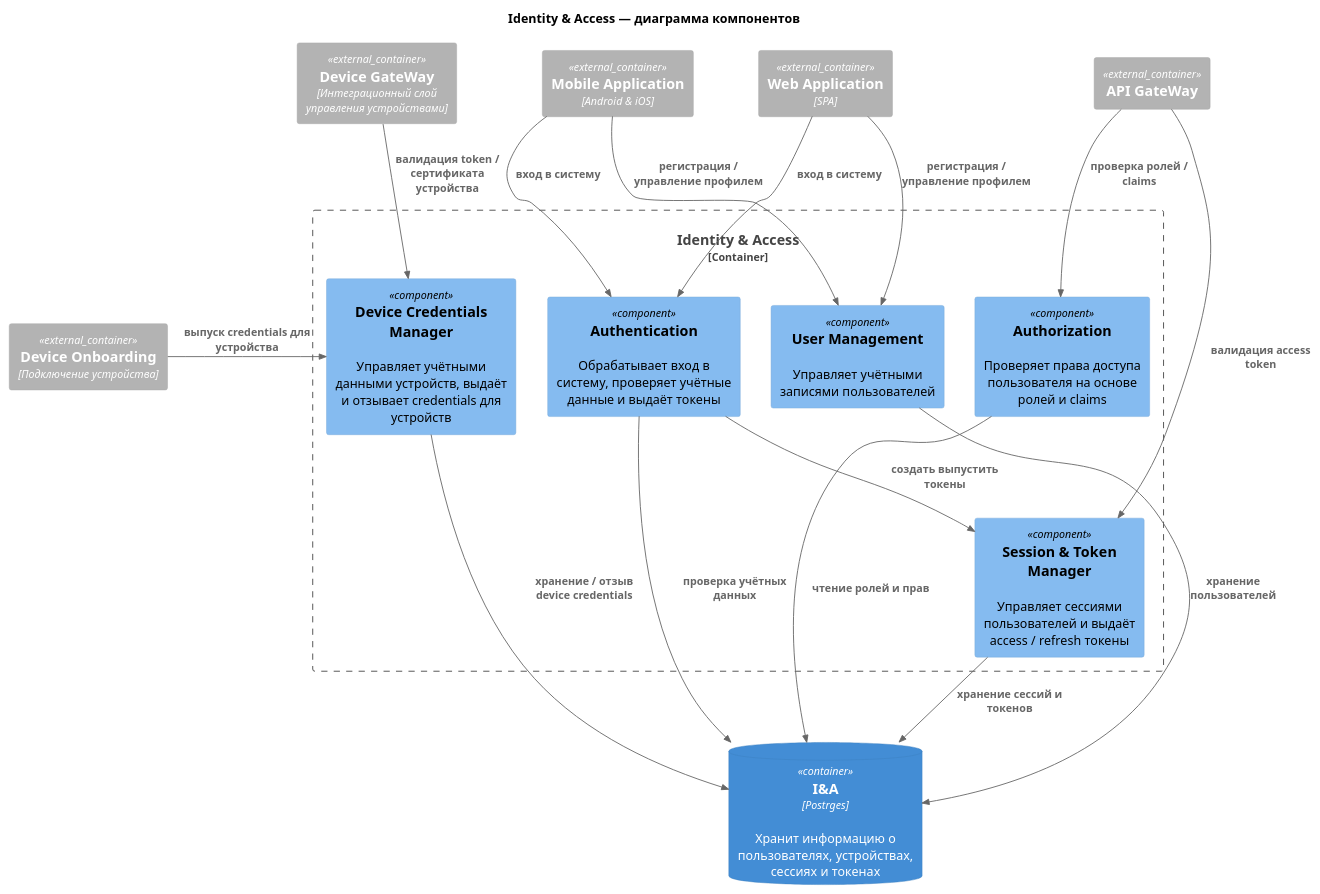
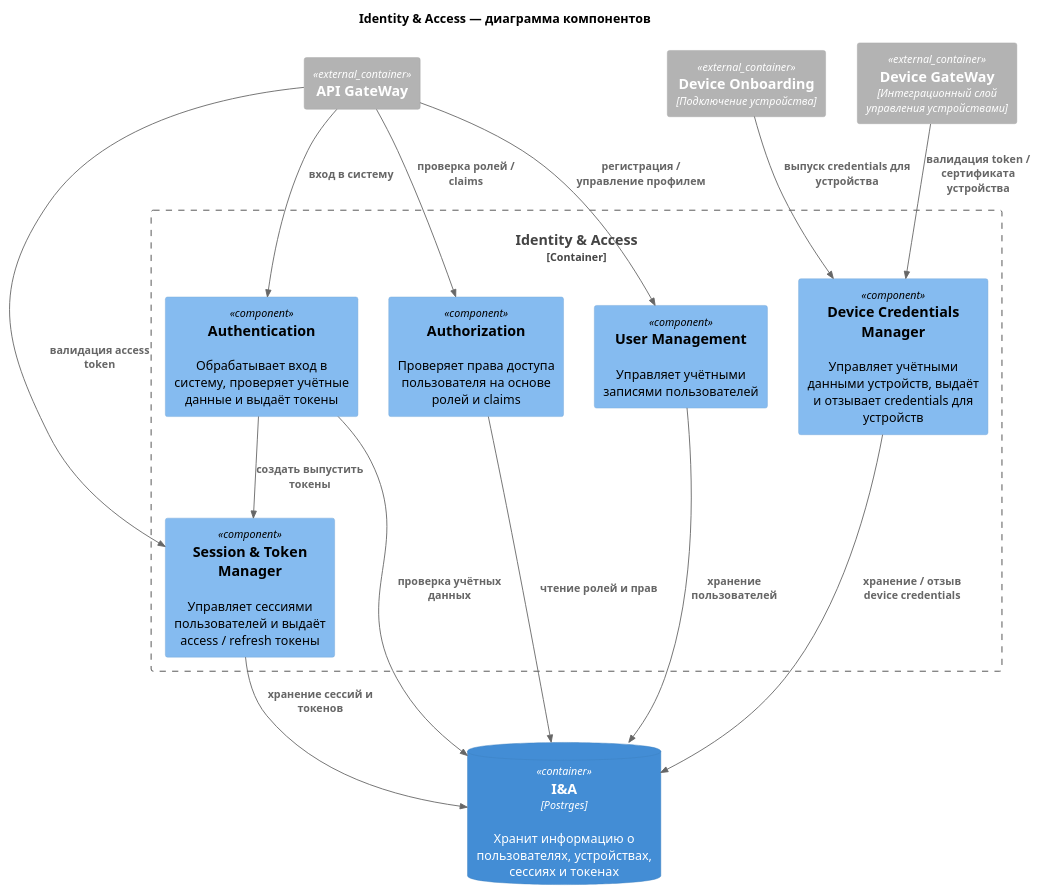
One commit to Meeluck/architecture-warmhouse changed the diagram in arch/component/identity_access_component.puml. Above: the diagram before and after it, drawn with PlantUML. The commit also changed 13 other files, not shown here.

Commit message:
reworked component diagrams

```diff
--- a/arch/component/identity_access_component.puml
+++ b/arch/component/identity_access_component.puml
@@ -1,44 +1,40 @@
 @startuml
 
 !include https://raw.githubusercontent.com/plantuml-stdlib/C4-PlantUML/master/C4_Component.puml
 
 title Identity & Access — диаграмма компонентов
-
-Container_Ext(webApp,"Web Application","SPA")
-Container_Ext(mobApp,"Mobile Application",Android & iOS)
 
 Container_Boundary(ia, Identity & Access){
     Component(auth, "Authentication", ,"Обрабатывает вход в систему, проверяет учётные данные и выдаёт токены")
     Component(umgmt, "User Management", ,"Управляет учётными записями пользователей")
     Component(tokenMgr, "Session & Token Manager", ,"Управляет сессиями пользователей и выдаёт access / refresh токены")
     Component(authorizer, "Authorization", ,"Проверяет права доступа пользователя на основе ролей и claims")
     Component(deviceCreds, "Device Credentials Manager", ,"Управляет учётными данными устройств, выдаёт и отзывает credentials для устройств")
 }
 ContainerDb(ia_db, I&A, Postrges,"Хранит информацию о пользователях, устройствах, сессиях и токенах")
 
 Container_Ext(gw, API GateWay)
 Container_Ext(do,Device Onboarding,Подключение устройства)
 Container_Ext(dg,Device GateWay,Интеграционный слой управления устройствами)
 
-Rel(webApp,auth,"вход в систему")
-Rel(mobApp,auth,"вход в систему")
+
 
 Rel(auth,ia_db,"проверка учётных данных")
 Rel(auth,tokenMgr,"создать выпустить токены")
 
+Rel(gw,auth,"вход в систему")
 
-Rel(webApp,umgmt,"регистрация / управление профилем")
-Rel(mobApp,umgmt,"регистрация / управление профилем")
+Rel(gw,umgmt,"регистрация / управление профилем")
 Rel(umgmt,ia_db,"хранение пользователей")
 
 Rel(gw,tokenMgr,"валидация access token")
 Rel(gw,authorizer,"проверка ролей / claims")
 Rel(authorizer,ia_db,"чтение ролей и прав")
 
-Rel_Right(do,deviceCreds,"выпуск credentials для устройства")
-Rel_Down(dg,deviceCreds,"валидация token / сертификата устройства")
+Rel(do,deviceCreds,"выпуск credentials для устройства")
+Rel(dg,deviceCreds,"валидация token / сертификата устройства")
 Rel(deviceCreds,ia_db,"хранение / отзыв device credentials")
 
 Rel(tokenMgr,ia_db,"хранение сессий и токенов")
 
 @enduml
```
